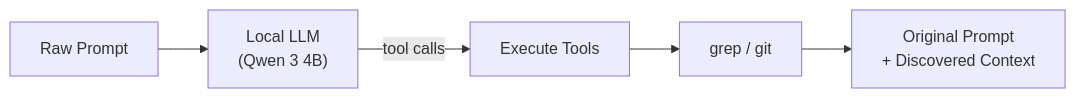
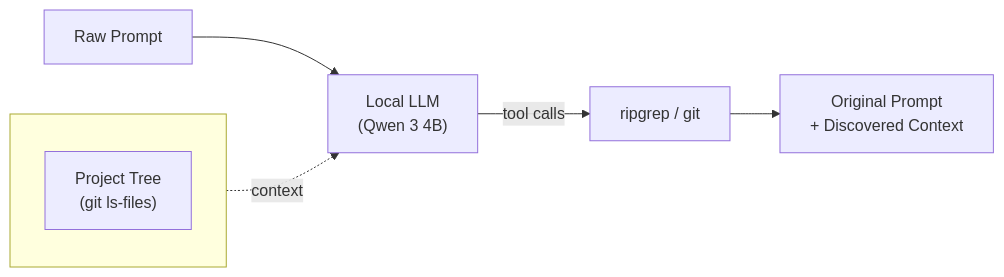
Before and after one commit to prefrontalsys/promptscout: the diagram in README.md, drawn with Mermaid. The commit also changed other lines of this file and 7 other files, not shown here.

First line of the commit message:
refactor: switch to ripgrep, project tree context, and structured tool-calling prompt

````diff
--- a/README.md
+++ b/README.md
@@ -17,7 +17,12 @@
 ```mermaid
 flowchart LR
     A["Raw Prompt"] --> B["Local LLM<br/>(Qwen 3 4B)"]
-    B -->|"tool calls"| C["Execute Tools"]
-    C --> D["grep / git"]
-    D --> E["Original Prompt<br/>+ Discovered Context"]
+    B -->|"tool calls"| C["ripgrep / git"]
+    C --> D["Original Prompt<br/>+ Discovered Context"]
+
+    subgraph B_ctx[" "]
+        direction TB
+        T["Project Tree<br/>(git ls-files)"]
+    end
+    T -.->|"context"| B
 ```
````
